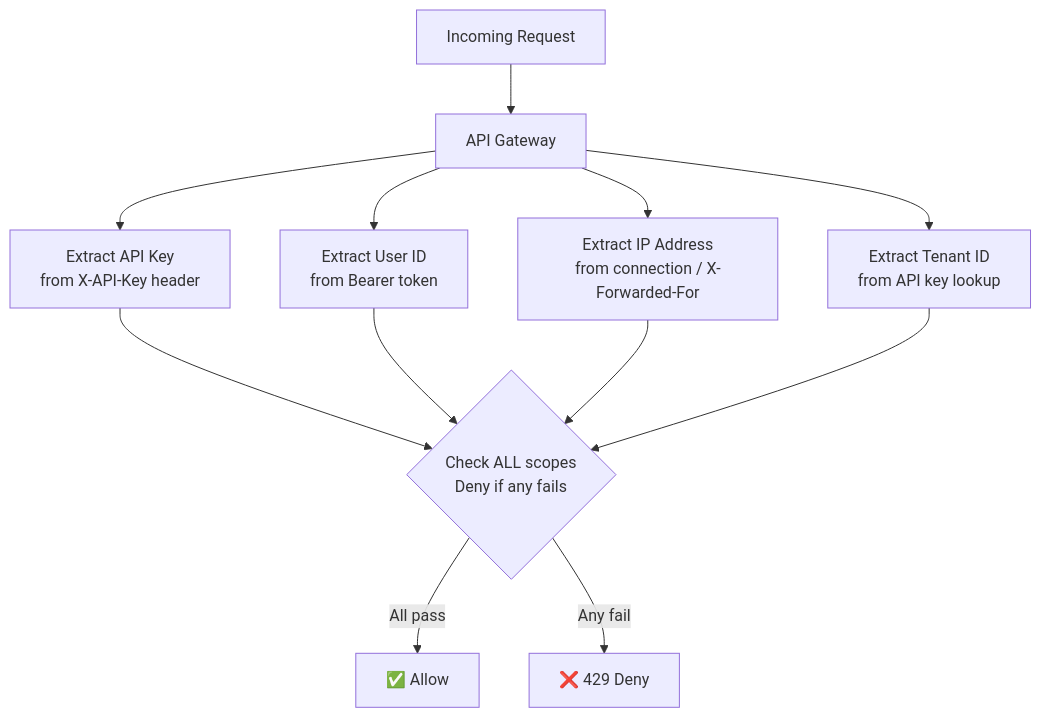
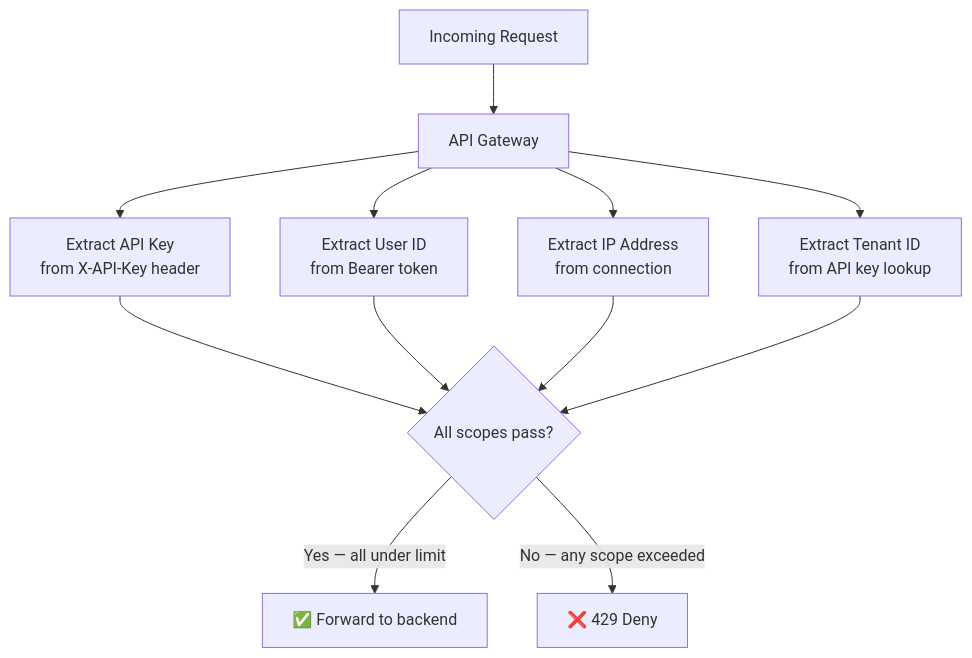
Before and after one commit to gajwala/DSA-Topic-wise: the second of 6 diagrams in SYSTEM_DESIGN/Rate Limiter.md, drawn with Mermaid. The commit also changed other lines of this file, not shown here.

````diff
--- a/SYSTEM_DESIGN/Rate Limiter.md
+++ b/SYSTEM_DESIGN/Rate Limiter.md
@@ -125,12 +91,11 @@
 ```mermaid
 flowchart TD
     REQ[Incoming Request] --> GW[API Gateway]
     GW --> E1[Extract API Key\nfrom X-API-Key header]
     GW --> E2[Extract User ID\nfrom Bearer token]
-    GW --> E3[Extract IP Address\nfrom connection / X-Forwarded-For]
+    GW --> E3[Extract IP Address\nfrom connection]
     GW --> E4[Extract Tenant ID\nfrom API key lookup]
-
-    E1 & E2 & E3 & E4 --> CHECK{Check ALL scopes\nDeny if any fails}
-    CHECK -->|All pass| ALLOW[✅ Allow]
-    CHECK -->|Any fail| DENY[❌ 429 Deny]
+    E1 & E2 & E3 & E4 --> CHECK{All scopes pass?}
+    CHECK -->|Yes — all under limit| ALLOW[✅ Forward to backend]
+    CHECK -->|No — any scope exceeded| DENY[❌ 429 Deny]
 ```
````
